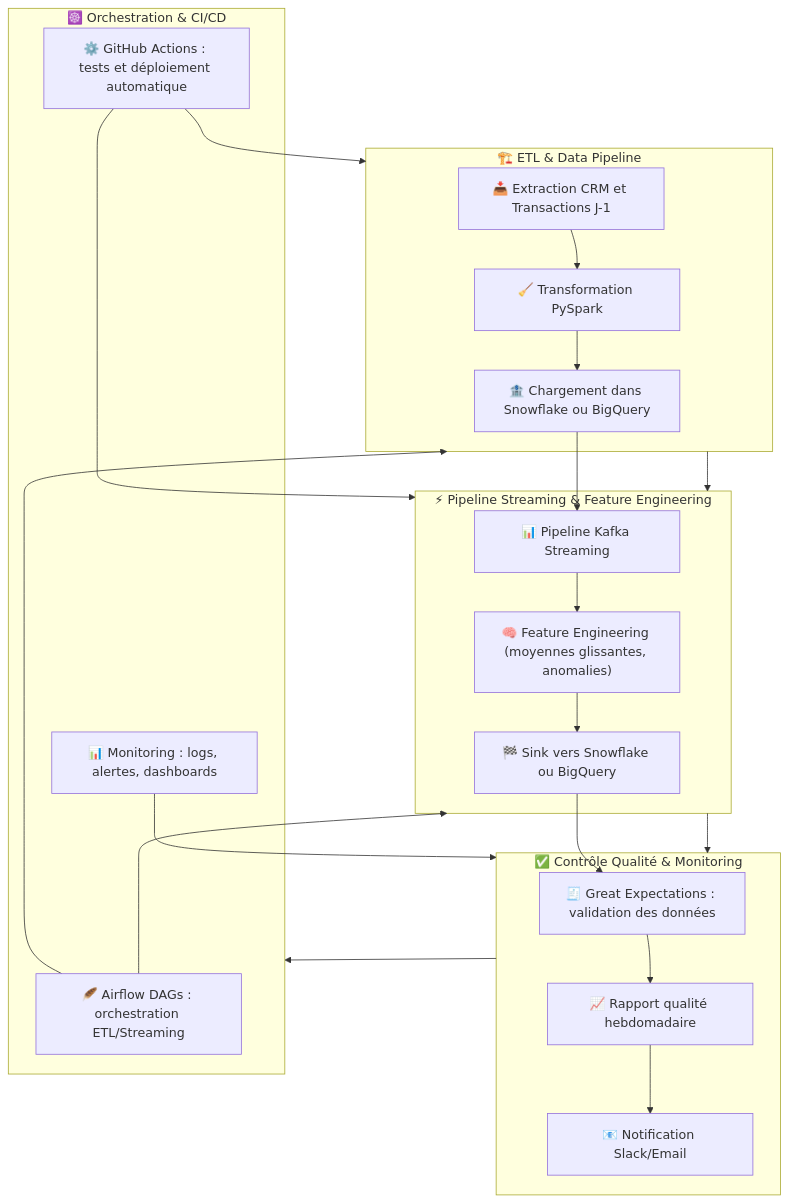
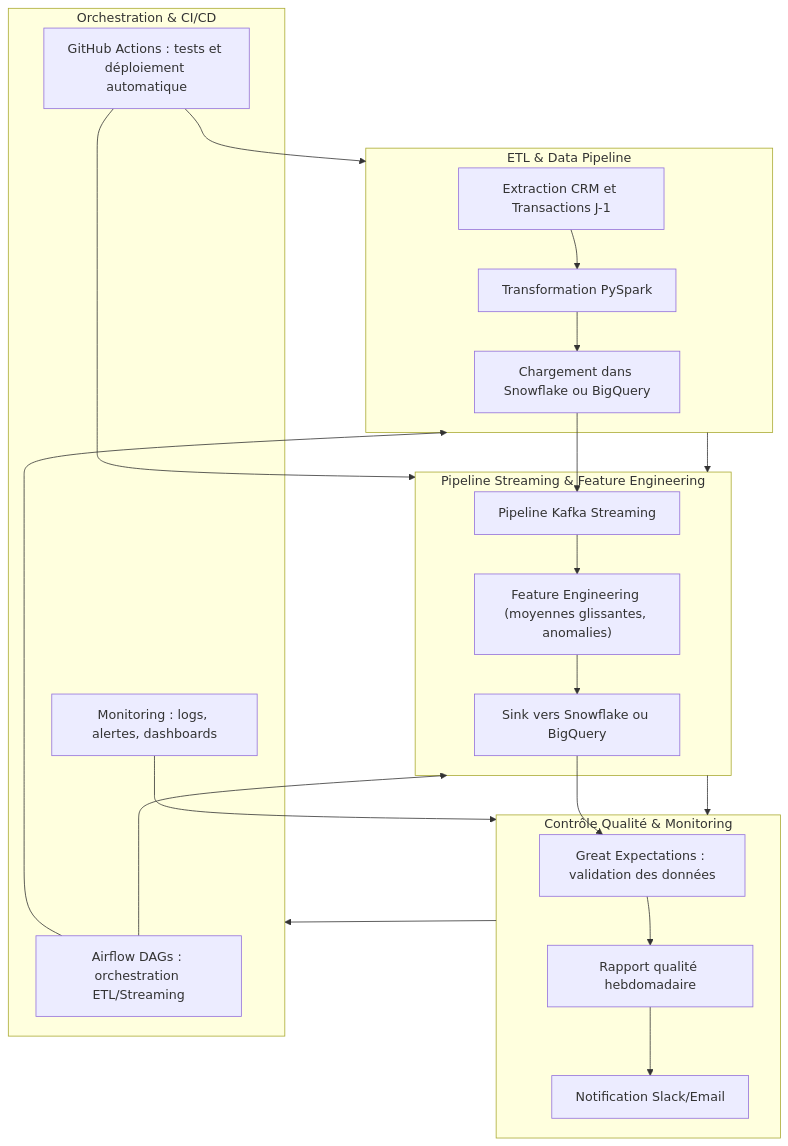
One commit to SalimM21/plateforme-de-scoring-fraude-chargement-vers-Snowflake changed the diagram in README.md. Above: the diagram before and after it, drawn with Mermaid.

````diff
--- a/README.md
+++ b/README.md
@@ -63,45 +63,45 @@
 ```mermaid
 flowchart TD
     %% =====================================
     %% 🏗️ Pipeline Data Engineering vertical
     %% =====================================
 
     %% Niveau 1 : ETL
-    subgraph ETL["🏗️ ETL & Data Pipeline"]
-        A["📥 Extraction CRM et Transactions J-1"]
-        B["🧹 Transformation PySpark"]
-        C["🏦 Chargement dans Snowflake ou BigQuery"]
+    subgraph ETL[" ETL & Data Pipeline"]
+        A[" Extraction CRM et Transactions J-1"]
+        B[" Transformation PySpark"]
+        C[" Chargement dans Snowflake ou BigQuery"]
     end
 
     %% Niveau 2 : Streaming & Features
-    subgraph STREAM["⚡ Pipeline Streaming & Feature Engineering"]
-        D["📊 Pipeline Kafka Streaming"]
-        E["🧠 Feature Engineering (moyennes glissantes, anomalies)"]
-        F["🏁 Sink vers Snowflake ou BigQuery"]
+    subgraph STREAM[" Pipeline Streaming & Feature Engineering"]
+        D[" Pipeline Kafka Streaming"]
+        E[" Feature Engineering (moyennes glissantes, anomalies)"]
+        F[" Sink vers Snowflake ou BigQuery"]
     end
 
     %% Niveau 3 : Qualité & Monitoring
-    subgraph QUALITY["✅ Contrôle Qualité & Monitoring"]
-        G["🧾 Great Expectations : validation des données"]
-        H["📈 Rapport qualité hebdomadaire"]
-        I["📧 Notification Slack/Email"]
+    subgraph QUALITY[" Contrôle Qualité & Monitoring"]
+        G[" Great Expectations : validation des données"]
+        H[" Rapport qualité hebdomadaire"]
+        I[" Notification Slack/Email"]
     end
 
     %% Niveau 4 : Ops / CI-CD
-    subgraph OPS["☸️ Orchestration & CI/CD"]
-        J["🪶 Airflow DAGs : orchestration ETL/Streaming"]
-        K["⚙️ GitHub Actions : tests et déploiement automatique"]
-        L["📊 Monitoring : logs, alertes, dashboards"]
+    subgraph OPS[" Orchestration & CI/CD"]
+        J[" Airflow DAGs : orchestration ETL/Streaming"]
+        K[" GitHub Actions : tests et déploiement automatique"]
+        L[" Monitoring : logs, alertes, dashboards"]
     end
 
     %% 🔗 Flux hiérarchique vertical
     ETL --> STREAM --> QUALITY --> OPS
     A --> B --> C --> D --> E --> F --> G --> H --> I
     J --> ETL
     J --> STREAM
     K --> ETL
     K --> STREAM
     L --> QUALITY
 
 
 ```
````
